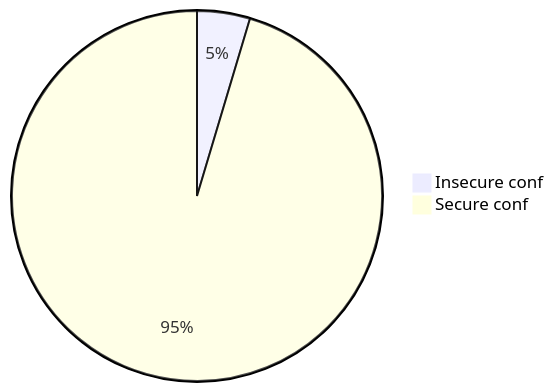
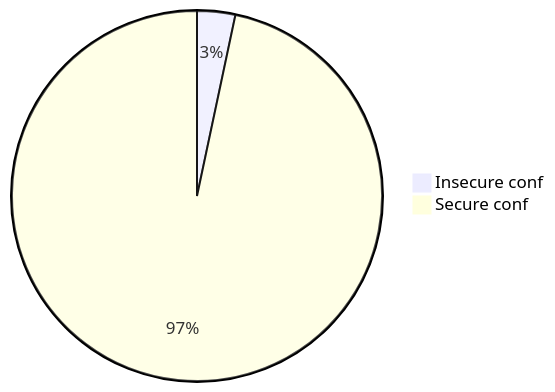
Diagram 20 of 22 in stats.md (oshp/oshp-stats), drawn with Mermaid before and after one commit. The commit also changed other lines of this file, not shown here.

````diff
--- a/stats.md
+++ b/stats.md
@@ -240,6 +240,6 @@
 ```mermaid
 pie
-	"Insecure conf" : 4.62
-	"Secure conf" : 95.39
+	"Insecure conf" : 3.33
+	"Secure conf" : 96.67
 
 ```
````
